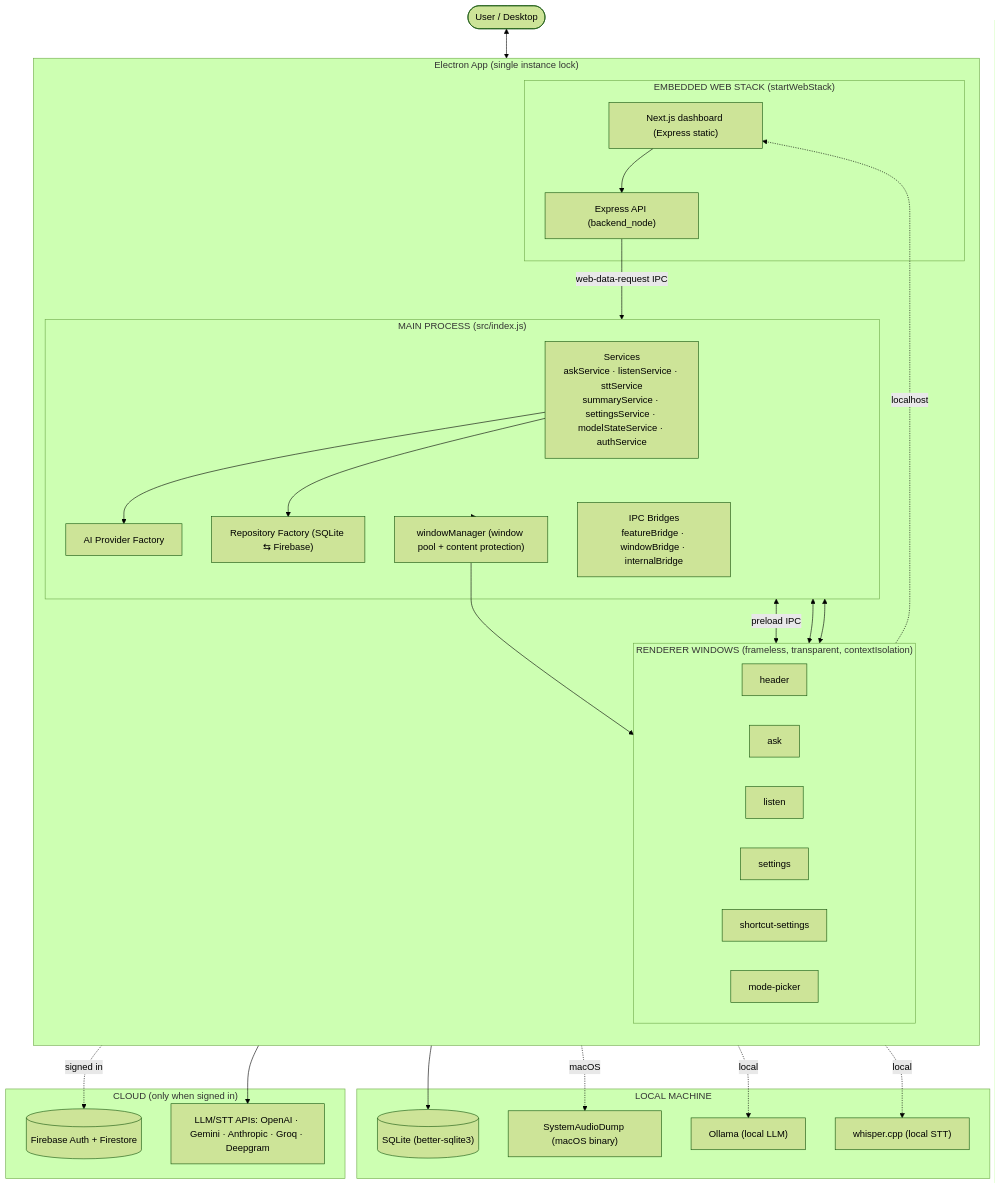
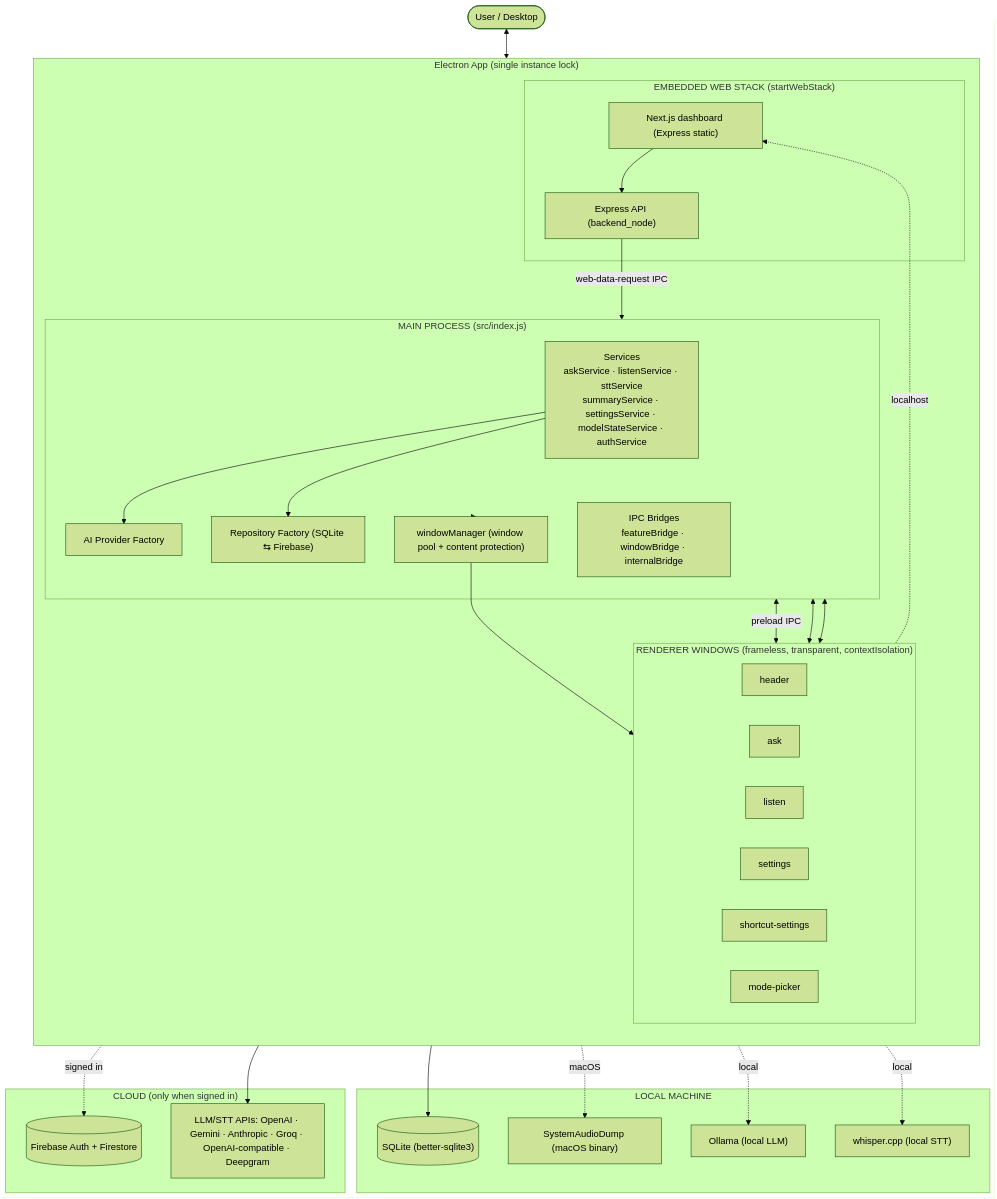
The first of 17 diagrams in ARCHITECTURE.md (tas88-sys/glass), drawn with Mermaid (forest theme) before and after one commit. The commit also changed other lines of this file and 20 other files, not shown here.

````diff
--- a/ARCHITECTURE.md
+++ b/ARCHITECTURE.md
@@ -133,49 +133,49 @@
 ```mermaid
 flowchart TB
     user(["User / Desktop"])
     subgraph electron["Electron App (single instance lock)"]
         direction TB
         subgraph main["MAIN PROCESS  (src/index.js)"]
             svc["Services<br/>askService · listenService · sttService<br/>summaryService · settingsService · modelStateService · authService"]
             bridges["IPC Bridges<br/>featureBridge · windowBridge · internalBridge"]
             repos["Repository Factory (SQLite ⇆ Firebase)"]
             ai["AI Provider Factory"]
             winmgr["windowManager (window pool + content protection)"]
         end
         subgraph renderers["RENDERER WINDOWS (frameless, transparent, contextIsolation)"]
             direction LR
             header["header"]
             ask["ask"]
             listen["listen"]
             settings["settings"]
             shortcut["shortcut-settings"]
             modepicker["mode-picker"]
         end
         subgraph webstack["EMBEDDED WEB STACK (startWebStack)"]
             nextjs["Next.js dashboard (Express static)"]
             apisrv["Express API (backend_node)"]
         end
     end
     subgraph local["LOCAL MACHINE"]
         sqlite[("SQLite (better-sqlite3)")]
         sysaudio["SystemAudioDump (macOS binary)"]
         ollama["Ollama (local LLM)"]
         whisper["whisper.cpp (local STT)"]
     end
     subgraph cloud["CLOUD (only when signed in)"]
         firebase[("Firebase Auth + Firestore")]
-        providers["LLM/STT APIs: OpenAI · Gemini · Anthropic · Groq · Deepgram"]
+        providers["LLM/STT APIs: OpenAI · Gemini · Anthropic · Groq · OpenAI-compatible · Deepgram"]
     end
     user <--> header
     header <-->|preload IPC| main
     ask <--> main
     listen <--> main
     main --> winmgr --> renderers
     svc --> ai --> providers
     svc --> repos --> sqlite
     repos -. signed in .-> firebase
     ai -. local .-> ollama
     ai -. local .-> whisper
     svc -. macOS .-> sysaudio
     header -. localhost .-> nextjs --> apisrv -->|web-data-request IPC| main
 ```
````
